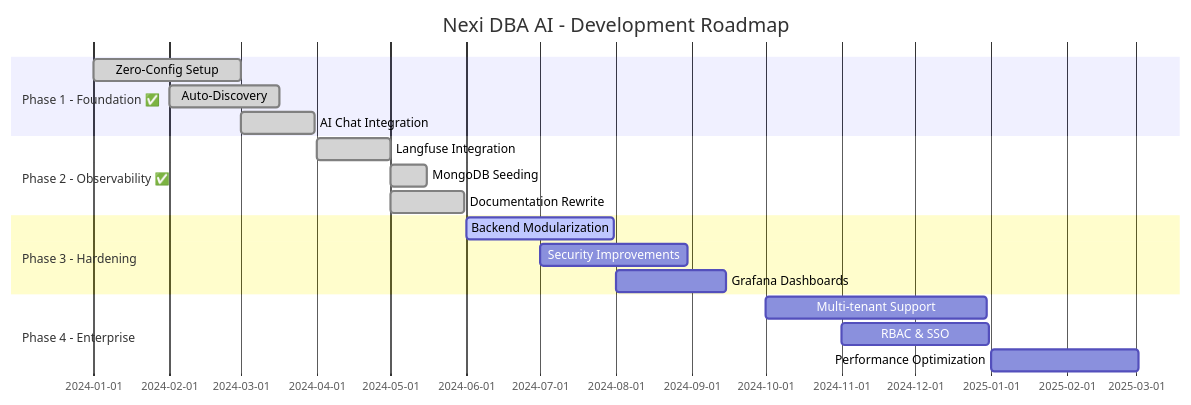
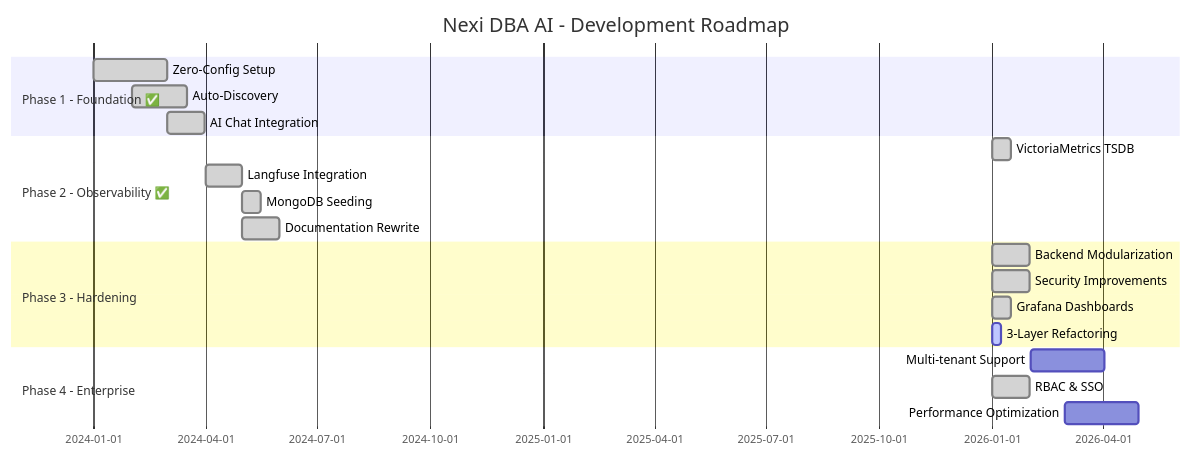
Before and after one commit to Mohamed-DN/DB-AI: the first of 2 diagrams in docs/architecture/roadmap.md, drawn with Mermaid. The commit also changed other lines of this file and 94 other files, not shown here.

````diff
--- a/docs/architecture/roadmap.md
+++ b/docs/architecture/roadmap.md
@@ -19,25 +19,27 @@
 ```mermaid
 gantt
     title Nexi DBA AI - Development Roadmap
     dateFormat YYYY-MM
     
     section Phase 1 - Foundation ✅
     Zero-Config Setup           :done, p1a, 2024-01, 60d
     Auto-Discovery              :done, p1b, 2024-02, 45d
     AI Chat Integration         :done, p1c, 2024-03, 30d
     
     section Phase 2 - Observability ✅
-    Langfuse Integration        :done, p2a, 2024-04, 30d
-    MongoDB Seeding             :done, p2b, 2024-05, 15d
-    Documentation Rewrite       :done, p2c, 2024-05, 30d
+    VictoriaMetrics TSDB        :done, p2a, 2026-01, 15d
+    Langfuse Integration        :done, p2b, 2024-04, 30d
+    MongoDB Seeding             :done, p2c, 2024-05, 15d
+    Documentation Rewrite       :done, p2d, 2024-05, 30d
     
     section Phase 3 - Hardening
-    Backend Modularization      :active, p3a, 2024-06, 60d
-    Security Improvements       :p3b, 2024-07, 60d
-    Grafana Dashboards          :p3c, 2024-08, 45d
+    Backend Modularization      :done, p3a, 2026-01, 30d
+    Security Improvements       :done, p3b, 2026-01, 30d
+    Grafana Dashboards          :done, p3c, 2026-01, 15d
+    3-Layer Refactoring         :active, p3d, 2026-01, 7d
     
     section Phase 4 - Enterprise
-    Multi-tenant Support        :p4a, 2024-10, 90d
-    RBAC & SSO                  :p4b, 2024-11, 60d
-    Performance Optimization    :p4c, 2025-01, 60d
+    Multi-tenant Support        :p4a, 2026-02, 60d
+    RBAC & SSO                  :done, p4b, 2026-01, 30d
+    Performance Optimization    :p4c, 2026-03, 60d
 ```
````
